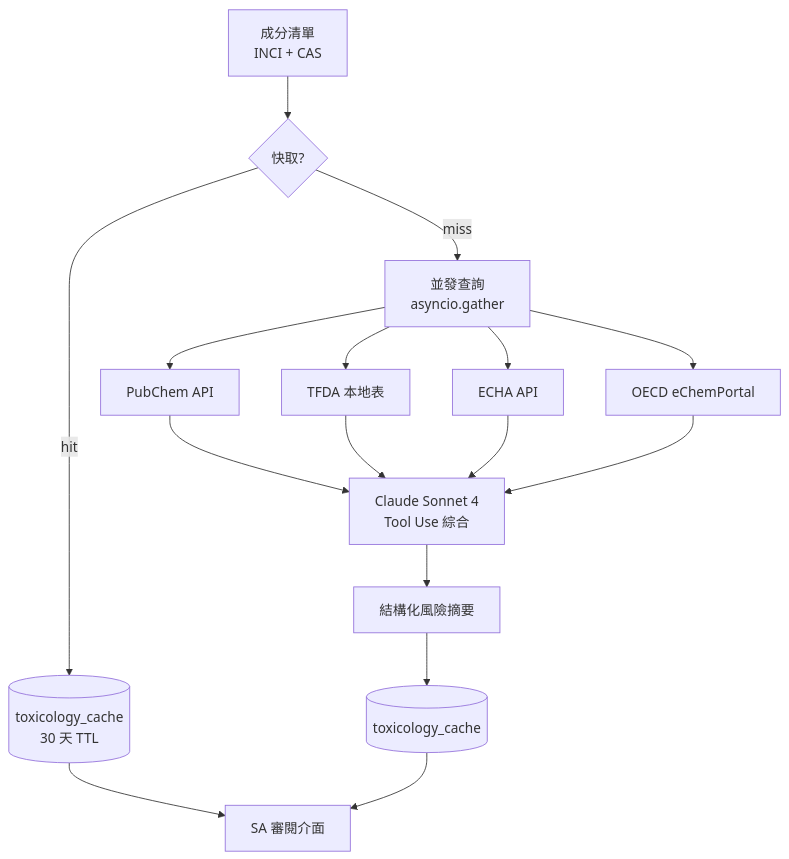
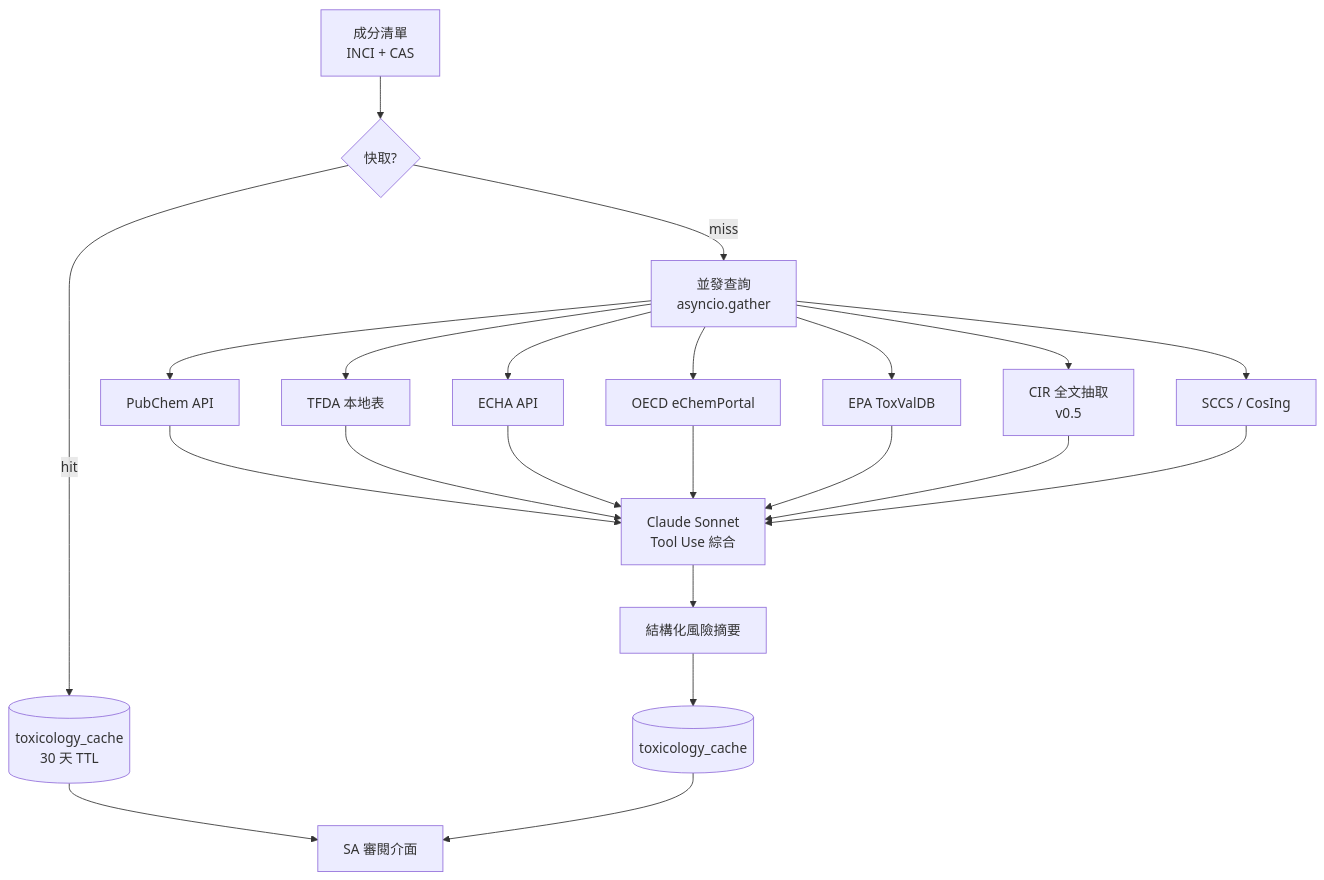
Before and after one commit to baiyuan-tech/pif-whitepaper: the diagram in zh-TW/ch09-toxicology-pipeline.md, drawn with Mermaid. The commit also changed other lines of this file and 13 other files, not shown here.

````diff
--- a/zh-TW/ch09-toxicology-pipeline.md
+++ b/zh-TW/ch09-toxicology-pipeline.md
@@ -85,28 +127,37 @@
 ```mermaid
 flowchart TB
     IN["成分清單<br/>INCI + CAS"]
     Q{快取?}
     CACHE[(toxicology_cache<br/>30 天 TTL)]
     PAR[並發查詢<br/>asyncio.gather]
     PC[PubChem API]
     TF[TFDA 本地表]
     EC[ECHA API]
     OE[OECD eChemPortal]
-    AI[Claude Sonnet 4<br/>Tool Use 綜合]
+    EP[EPA ToxValDB]
+    CR[CIR 全文抽取<br/>v0.5]
+    SC[SCCS / CosIng]
+    AI[Claude Sonnet<br/>Tool Use 綜合]
     SUM[結構化風險摘要]
     DB[(toxicology_cache)]
     UI[SA 審閱介面]
 
     IN --> Q
     Q -- hit --> CACHE --> UI
     Q -- miss --> PAR
     PAR --> PC
     PAR --> TF
     PAR --> EC
     PAR --> OE
+    PAR --> EP
+    PAR --> CR
+    PAR --> SC
     PC --> AI
     TF --> AI
     EC --> AI
     OE --> AI
+    EP --> AI
+    CR --> AI
+    SC --> AI
     AI --> SUM --> DB --> UI
 ```
````
